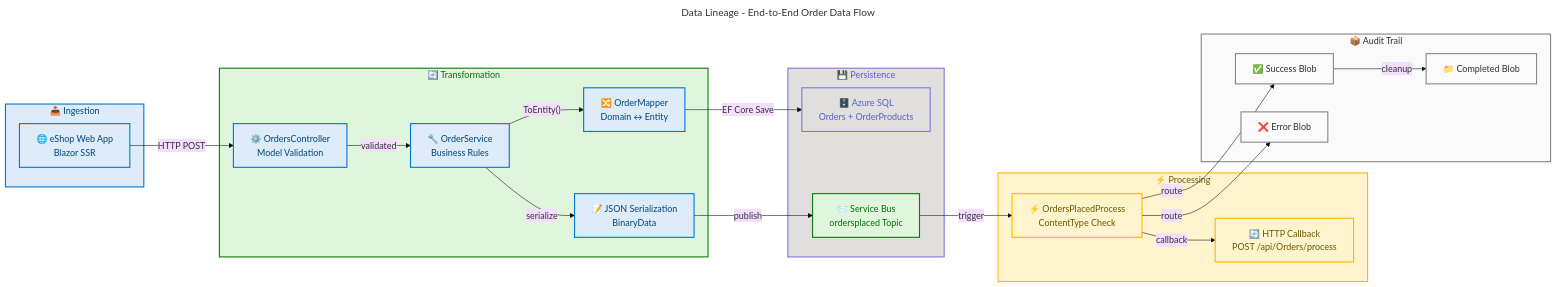
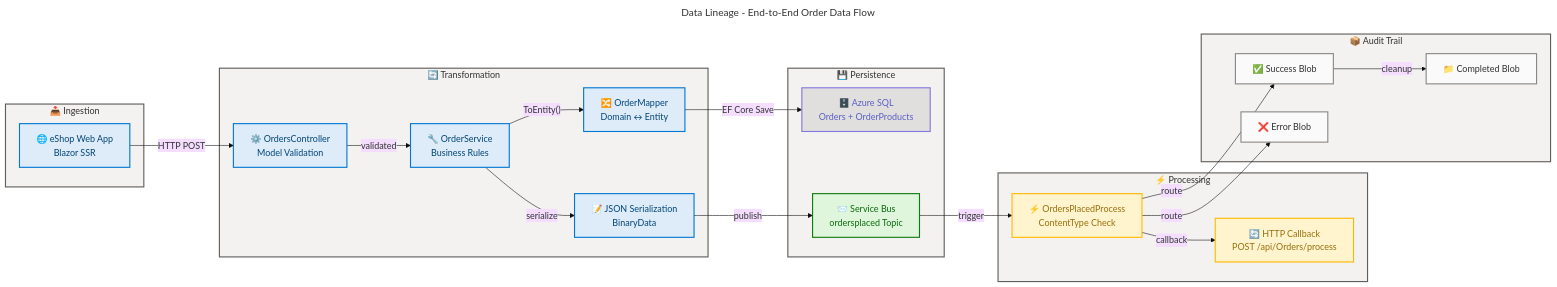
One commit to Evilazaro/Azure-LogicApps-Monitoring changed diagram 11 of 13 in docs/architecture/data-architecture.md. Above: the diagram before and after it, drawn with Mermaid. The commit also changed other lines of this file and 1 other file, not shown here.

Commit message:
Refactor styling in architecture diagrams for improved visual consistency and clarity

````diff
--- a/docs/architecture/data-architecture.md
+++ b/docs/architecture/data-architecture.md
@@ -907,70 +907,70 @@
 ```mermaid
 ---
 title: Data Lineage - End-to-End Order Data Flow
 config:
   theme: base
   look: classic
   layout: dagre
   themeVariables:
     fontSize: '16px'
   flowchart:
     htmlLabels: true
 ---
 flowchart LR
     accTitle: Data Lineage Diagram
     accDescr: Shows end-to-end data lineage from ingestion through transformation to final storage destinations
 
     %% ═══════════════════════════════════════════════════════════════════════════
     %% AZURE / FLUENT ARCHITECTURE PATTERN v1.1
     %% ═══════════════════════════════════════════════════════════════════════════
 
     subgraph INGEST ["📥 Ingestion"]
         WEB["🌐 eShop Web App<br/>Blazor SSR"]:::core
     end
-    style INGEST fill:#DEECF9,stroke:#0078D4,stroke-width:2px,color:#004578
+    style INGEST fill:#F3F2F1,stroke:#605E5C,stroke-width:2px,color:#323130
 
     subgraph TRANSFORM ["🔄 Transformation"]
         CTRL["⚙️ OrdersController<br/>Model Validation"]:::core
         SVC["🔧 OrderService<br/>Business Rules"]:::core
         MAP["🔀 OrderMapper<br/>Domain ↔ Entity"]:::core
         SER["📝 JSON Serialization<br/>BinaryData"]:::core
     end
-    style TRANSFORM fill:#DFF6DD,stroke:#107C10,stroke-width:2px,color:#0B6A0B
+    style TRANSFORM fill:#F3F2F1,stroke:#605E5C,stroke-width:2px,color:#323130
 
     subgraph PERSIST ["💾 Persistence"]
         SQL["🗄️ Azure SQL<br/>Orders + OrderProducts"]:::data
         SB["📨 Service Bus<br/>ordersplaced Topic"]:::messaging
     end
-    style PERSIST fill:#E1DFDD,stroke:#8378DE,stroke-width:2px,color:#5B5FC7
+    style PERSIST fill:#F3F2F1,stroke:#605E5C,stroke-width:2px,color:#323130
 
     subgraph PROCESS ["⚡ Processing"]
         LA["⚡ OrdersPlacedProcess<br/>ContentType Check"]:::workflow
         CB["🔄 HTTP Callback<br/>POST /api/Orders/process"]:::workflow
     end
-    style PROCESS fill:#FFF4CE,stroke:#FFB900,stroke-width:2px,color:#6B5700
+    style PROCESS fill:#F3F2F1,stroke:#605E5C,stroke-width:2px,color:#323130
 
     subgraph AUDIT ["📦 Audit Trail"]
         BS["✅ Success Blob"]:::storage
         BE["❌ Error Blob"]:::storage
         BC["📁 Completed Blob"]:::storage
     end
-    style AUDIT fill:#FAFAFA,stroke:#8A8886,stroke-width:2px,color:#323130
+    style AUDIT fill:#F3F2F1,stroke:#605E5C,stroke-width:2px,color:#323130
 
     WEB -->|"HTTP POST"| CTRL
     CTRL -->|"validated"| SVC
     SVC -->|"ToEntity()"| MAP
     MAP -->|"EF Core Save"| SQL
     SVC -->|"serialize"| SER
     SER -->|"publish"| SB
     SB -->|"trigger"| LA
     LA -->|"callback"| CB
     LA -->|"route"| BS
     LA -->|"route"| BE
     BS -->|"cleanup"| BC
 
     classDef core fill:#DEECF9,stroke:#0078D4,stroke-width:2px,color:#004578
     classDef data fill:#E1DFDD,stroke:#8378DE,stroke-width:2px,color:#5B5FC7
     classDef messaging fill:#DFF6DD,stroke:#107C10,stroke-width:2px,color:#0B6A0B
-    classDef workflow fill:#FFF4CE,stroke:#FFB900,stroke-width:2px,color:#6B5700
+    classDef workflow fill:#FFF4CE,stroke:#FFB900,stroke-width:2px,color:#986F0B
     classDef storage fill:#FAFAFA,stroke:#8A8886,stroke-width:2px,color:#323130
 ```
````
